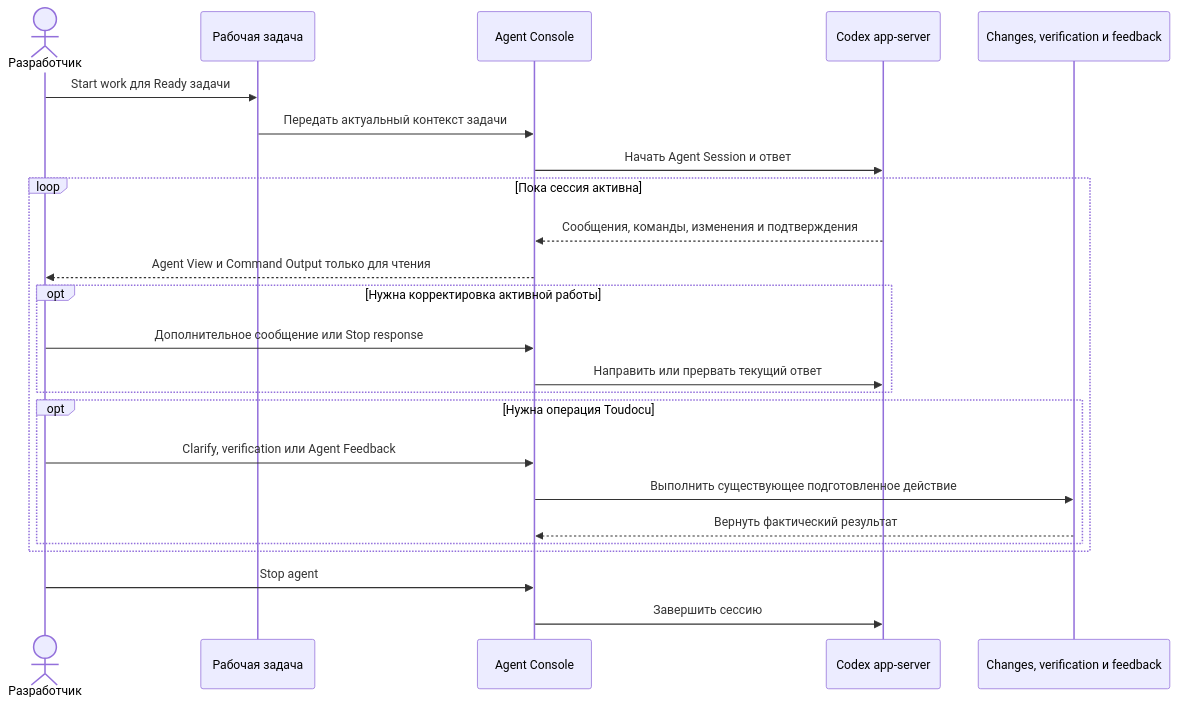
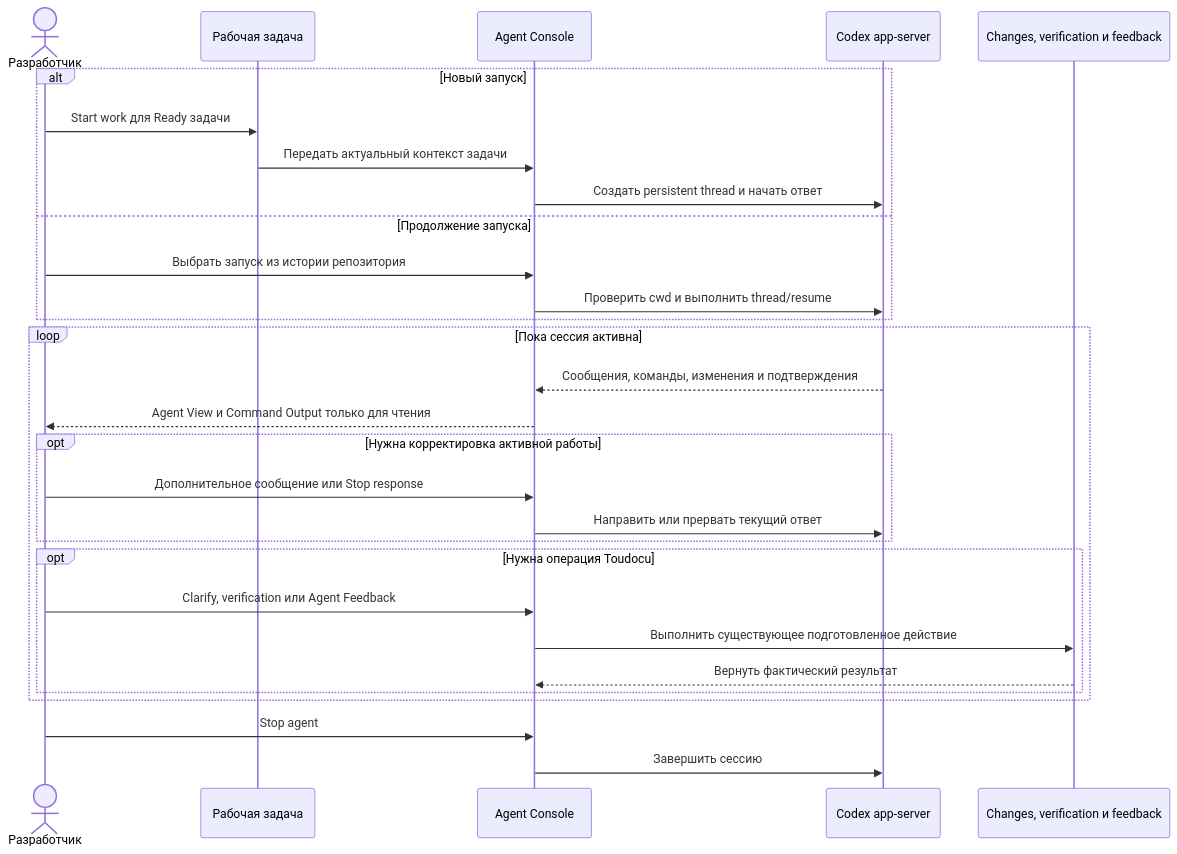
The diagram in docs/flows/FLOW-AGENT-CONSOLE.md (lumenikoly/docu-docu), drawn with Mermaid before and after one commit. The commit also changed other lines of this file and 42 other files, not shown here.

````diff
--- a/docs/flows/FLOW-AGENT-CONSOLE.md
+++ b/docs/flows/FLOW-AGENT-CONSOLE.md
@@ -12,27 +12,32 @@
 ```mermaid
 sequenceDiagram
     actor Human as Разработчик
     participant Task as Рабочая задача
     participant Console as Agent Console
     participant Provider as Codex app-server
     participant Sources as Changes, verification и feedback
 
-    Human->>Task: Start work для Ready задачи
-    Task->>Console: Передать актуальный контекст задачи
-    Console->>Provider: Начать Agent Session и ответ
+    alt Новый запуск
+        Human->>Task: Start work для Ready задачи
+        Task->>Console: Передать актуальный контекст задачи
+        Console->>Provider: Создать persistent thread и начать ответ
+    else Продолжение запуска
+        Human->>Console: Выбрать запуск из истории репозитория
+        Console->>Provider: Проверить cwd и выполнить thread/resume
+    end
     loop Пока сессия активна
         Provider-->>Console: Сообщения, команды, изменения и подтверждения
         Console-->>Human: Agent View и Command Output только для чтения
         opt Нужна корректировка активной работы
             Human->>Console: Дополнительное сообщение или Stop response
             Console->>Provider: Направить или прервать текущий ответ
         end
         opt Нужна операция Toudocu
             Human->>Console: Clarify, verification или Agent Feedback
             Console->>Sources: Выполнить существующее подготовленное действие
             Sources-->>Console: Вернуть фактический результат
         end
     end
     Human->>Console: Stop agent
     Console->>Provider: Завершить сессию
 ```
````
